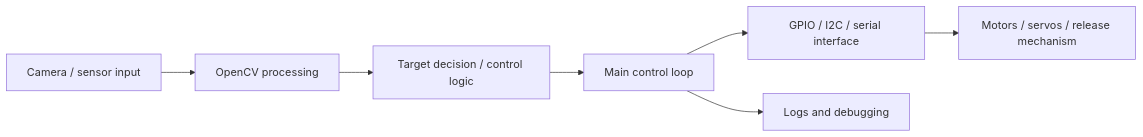
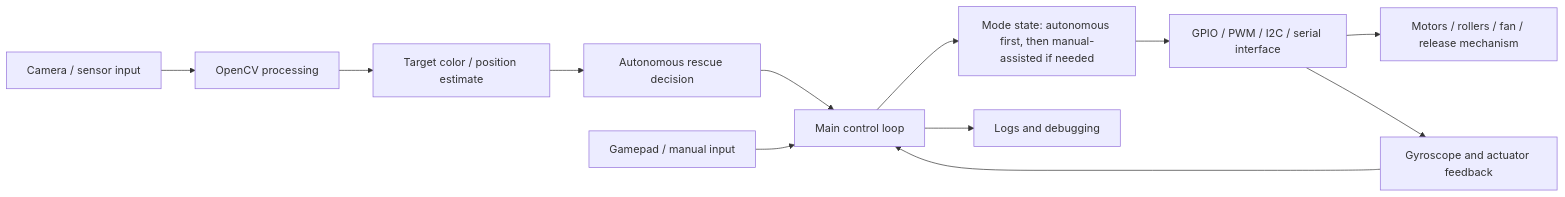
The first of 2 diagrams in docs/system-architecture.md (TianBingzhuo/engineering-innovation-robot-control), drawn with Mermaid before and after one commit. The commit also changed other lines of this file and 2 other files, not shown here.

Commit message:
Add intelligent rescue task context

````diff
--- a/docs/system-architecture.md
+++ b/docs/system-architecture.md
@@ -3,9 +3,14 @@
 ```mermaid
 flowchart LR
   A["Camera / sensor input"] --> B["OpenCV processing"]
-  B --> C["Target decision / control logic"]
-  C --> D["Main control loop"]
-  D --> E["GPIO / I2C / serial interface"]
-  E --> F["Motors / servos / release mechanism"]
-  D --> G["Logs and debugging"]
+  B --> C["Target color / position estimate"]
+  C --> D["Autonomous rescue decision"]
+  D --> E["Main control loop"]
+  H["Gamepad / manual input"] --> E
+  E --> I["Mode state: autonomous first, then manual-assisted if needed"]
+  I --> J["GPIO / PWM / I2C / serial interface"]
+  J --> F["Motors / rollers / fan / release mechanism"]
+  J --> K["Gyroscope and actuator feedback"]
+  K --> E
+  E --> G["Logs and debugging"]
 ```
````
